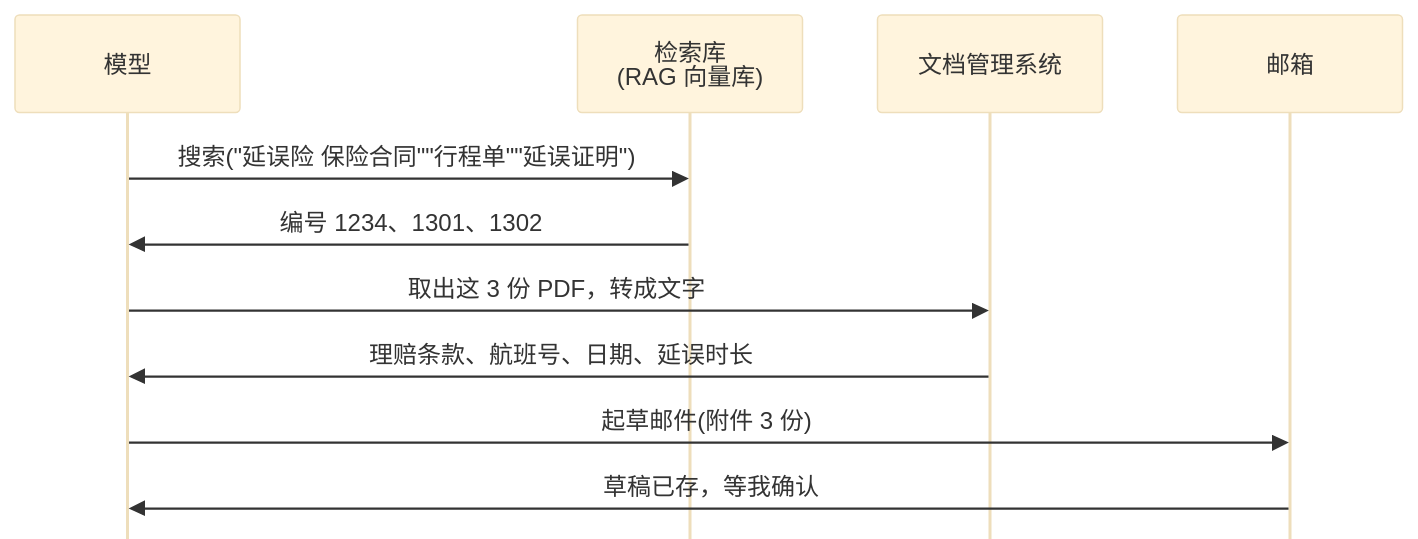
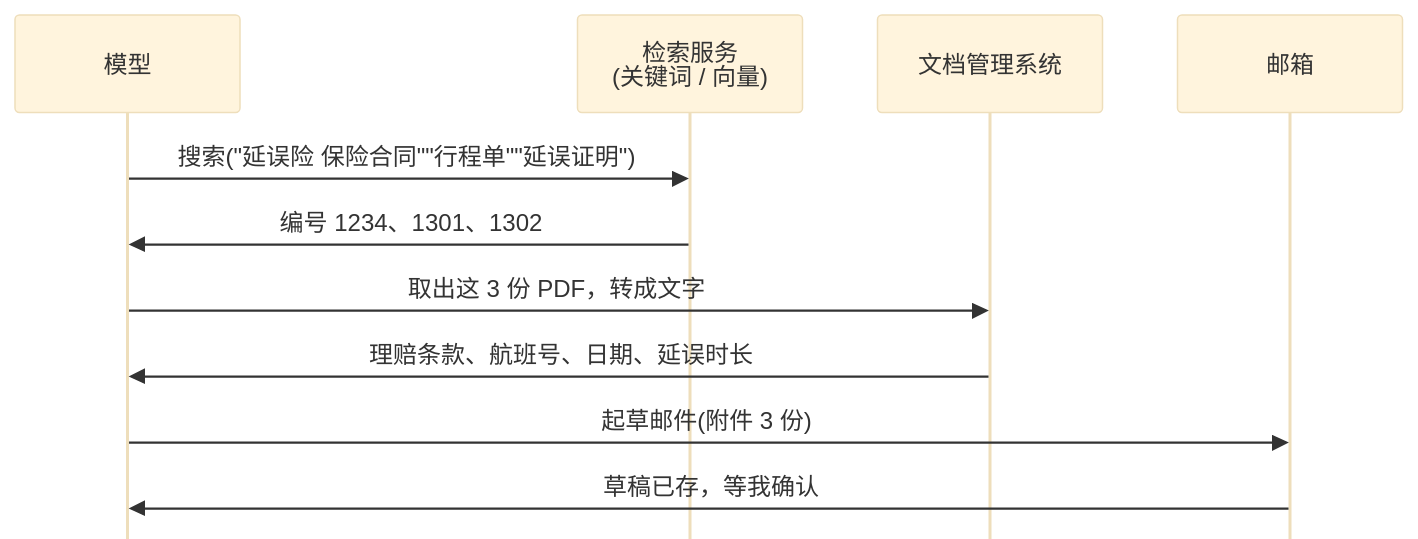
Before and after one commit to rangerqu/intro-agentic-ai: the fourth of 7 diagrams in slides.md, drawn with Mermaid (base theme). The commit also changed other lines of this file and 2 other files, not shown here.

````diff
--- a/slides.md
+++ b/slides.md
@@ -1399,14 +1401,14 @@
 ```mermaid {scale: 0.6}
 %%{init: {"sequence": {"mirrorActors": false}}}%%
 sequenceDiagram
   participant M as 模型
-  participant R as 检索库<br/>(RAG 向量库)
+  participant R as 检索服务<br/>(关键词 / 向量)
   participant D as 文档管理系统
   participant E as 邮箱
   M->>R: 搜索("延误险 保险合同""行程单""延误证明")
   R->>M: 编号 1234、1301、1302
   M->>D: 取出这 3 份 PDF，转成文字
   D->>M: 理赔条款、航班号、日期、延误时长
   M->>E: 起草邮件(附件 3 份)
   E->>M: 草稿已存，等我确认
 ```
````
